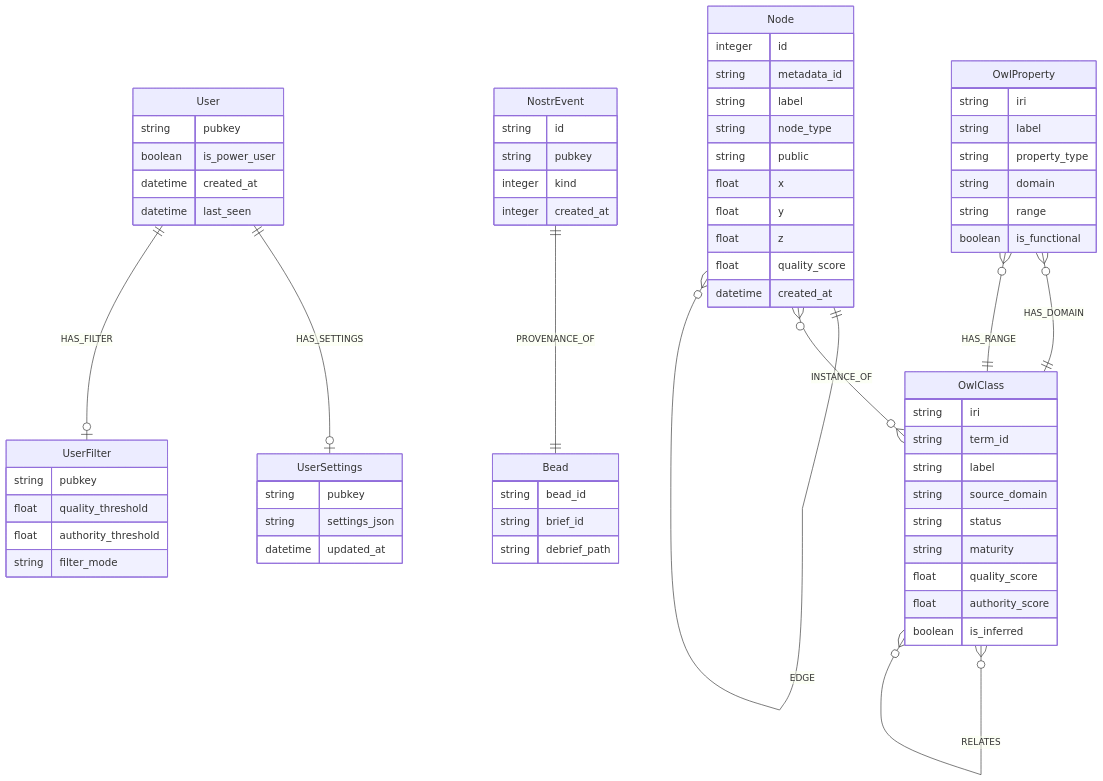
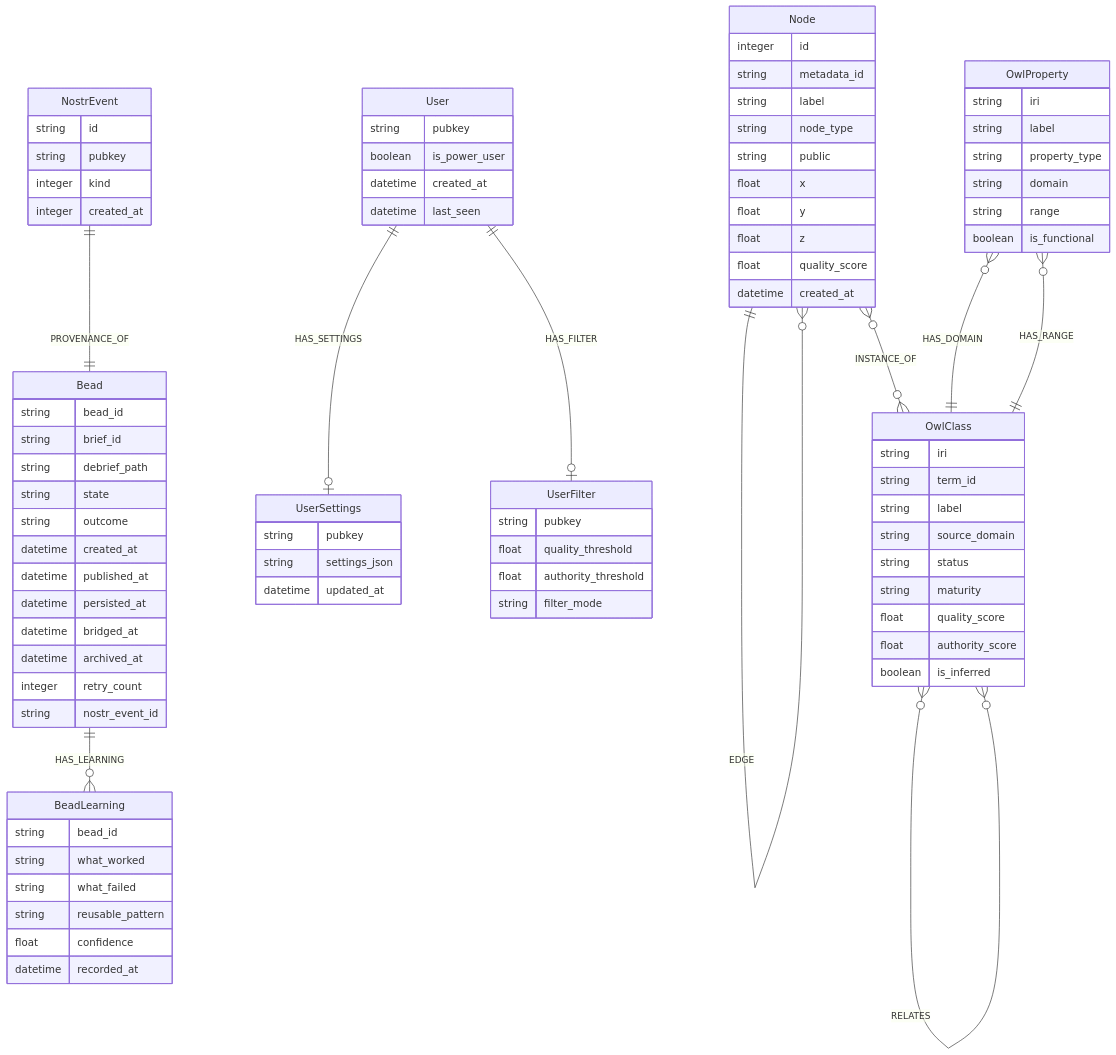
One commit to shaneholloman/logseq-spring-thing changed the second of 3 diagrams in docs/reference/neo4j-schema-unified.md. Above: the diagram before and after it, drawn with Mermaid. The commit also changed other lines of this file and 50 other files, not shown here.

First line of the commit message:
revert: remove OwlClass dual-label — schema mismatch causes graph load failure

````diff
--- a/docs/reference/neo4j-schema-unified.md
+++ b/docs/reference/neo4j-schema-unified.md
@@ -475,6 +531,23 @@
         string bead_id
         string brief_id
         string debrief_path
+        string state
+        string outcome
+        datetime created_at
+        datetime published_at
+        datetime persisted_at
+        datetime bridged_at
+        datetime archived_at
+        integer retry_count
+        string nostr_event_id
+    }
+    BeadLearning {
+        string bead_id
+        string what_worked
+        string what_failed
+        string reusable_pattern
+        float confidence
+        datetime recorded_at
     }
 
     Node ||--o{ Node : "EDGE"
@@ -486,4 +559,5 @@
     User ||--o| UserSettings : "HAS_SETTINGS"
     User ||--o| UserFilter : "HAS_FILTER"
     NostrEvent ||--|| Bead : "PROVENANCE_OF"
+    Bead ||--o{ BeadLearning : "HAS_LEARNING"
 ```
````
